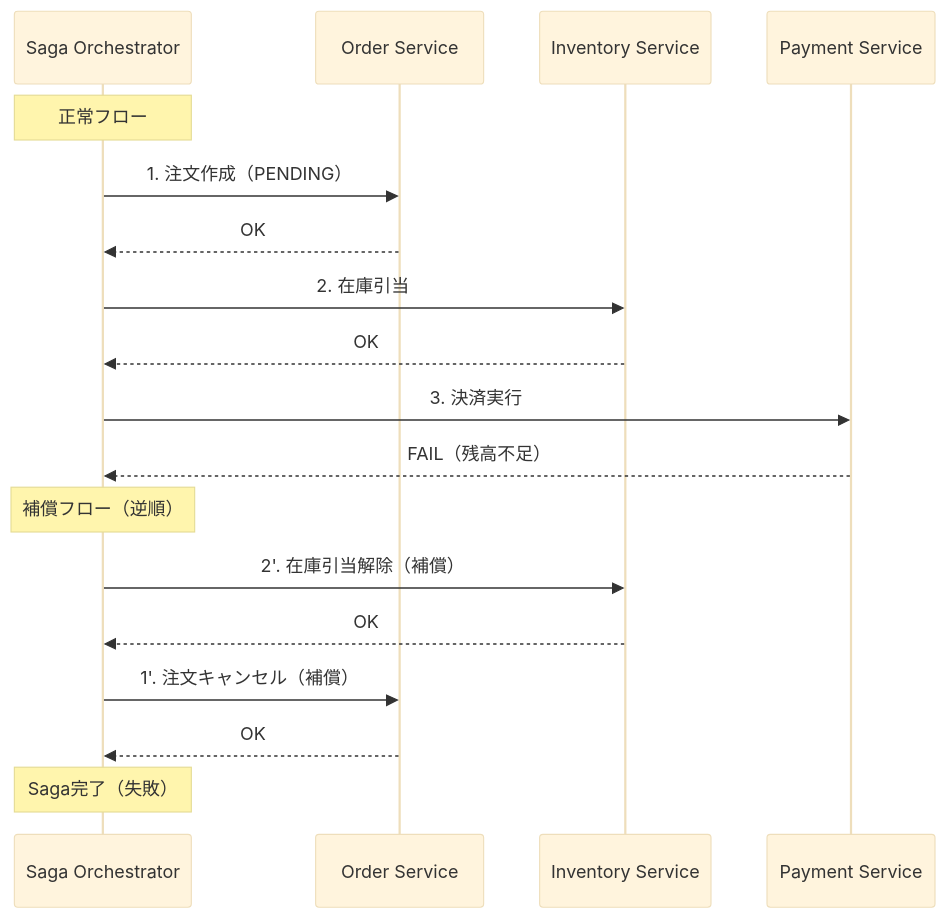
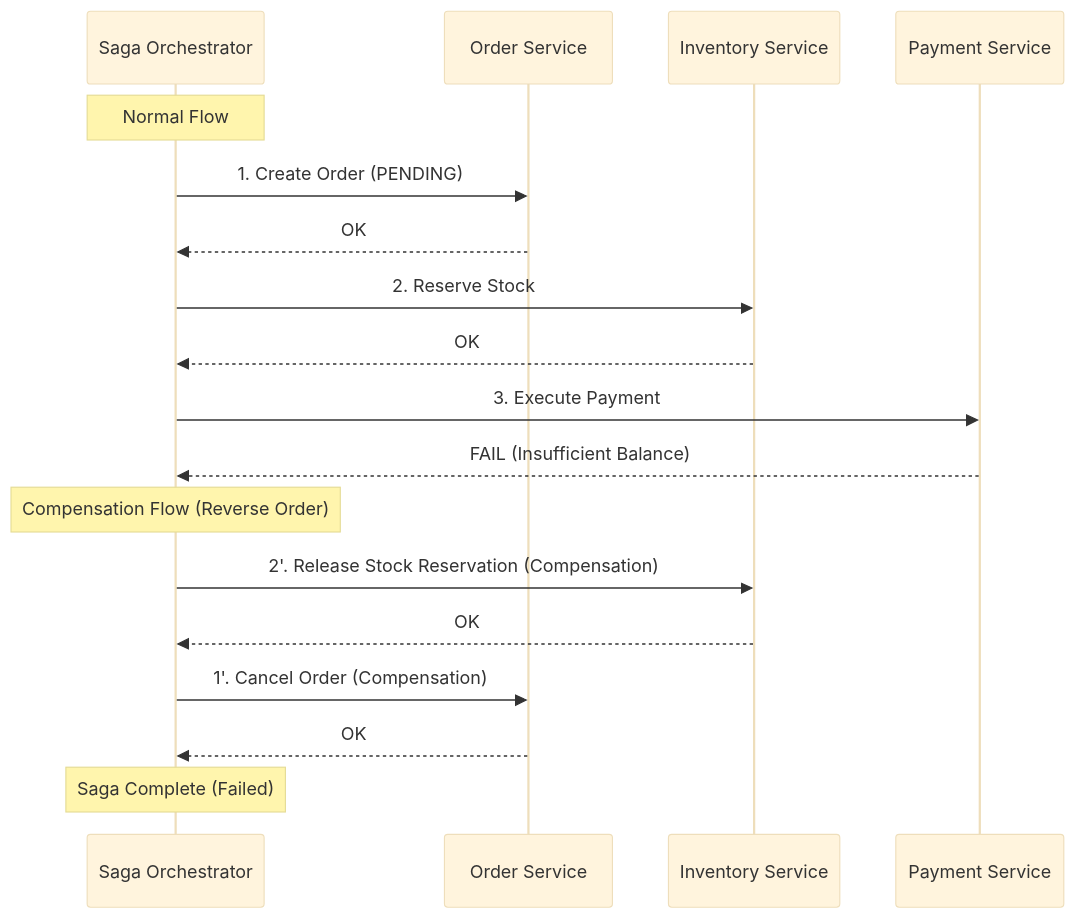
Before and after one commit to wfukatsu/nexus-architect: the third of 5 diagrams in workflow/greenfield/05_transaction_design.md, drawn with Mermaid (base theme). The commit also changed other lines of this file, not shown here.

````diff
--- a/workflow/greenfield/05_transaction_design.md
+++ b/workflow/greenfield/05_transaction_design.md
@@ -211,26 +211,26 @@
 ```mermaid
 sequenceDiagram
     participant Orch as Saga Orchestrator
     participant Order as Order Service
     participant Inv as Inventory Service
     participant Pay as Payment Service
 
-    Note over Orch: 正常フロー
-    Orch->>Order: 1. 注文作成（PENDING）
+    Note over Orch: Normal Flow
+    Orch->>Order: 1. Create Order (PENDING)
     Order-->>Orch: OK
 
-    Orch->>Inv: 2. 在庫引当
+    Orch->>Inv: 2. Reserve Stock
     Inv-->>Orch: OK
 
-    Orch->>Pay: 3. 決済実行
-    Pay-->>Orch: FAIL（残高不足）
+    Orch->>Pay: 3. Execute Payment
+    Pay-->>Orch: FAIL (Insufficient Balance)
 
-    Note over Orch: 補償フロー（逆順）
-    Orch->>Inv: 2'. 在庫引当解除（補償）
+    Note over Orch: Compensation Flow (Reverse Order)
+    Orch->>Inv: 2'. Release Stock Reservation (Compensation)
     Inv-->>Orch: OK
 
-    Orch->>Order: 1'. 注文キャンセル（補償）
+    Orch->>Order: 1'. Cancel Order (Compensation)
     Order-->>Orch: OK
 
-    Note over Orch: Saga完了（失敗）
+    Note over Orch: Saga Complete (Failed)
 ```
````
